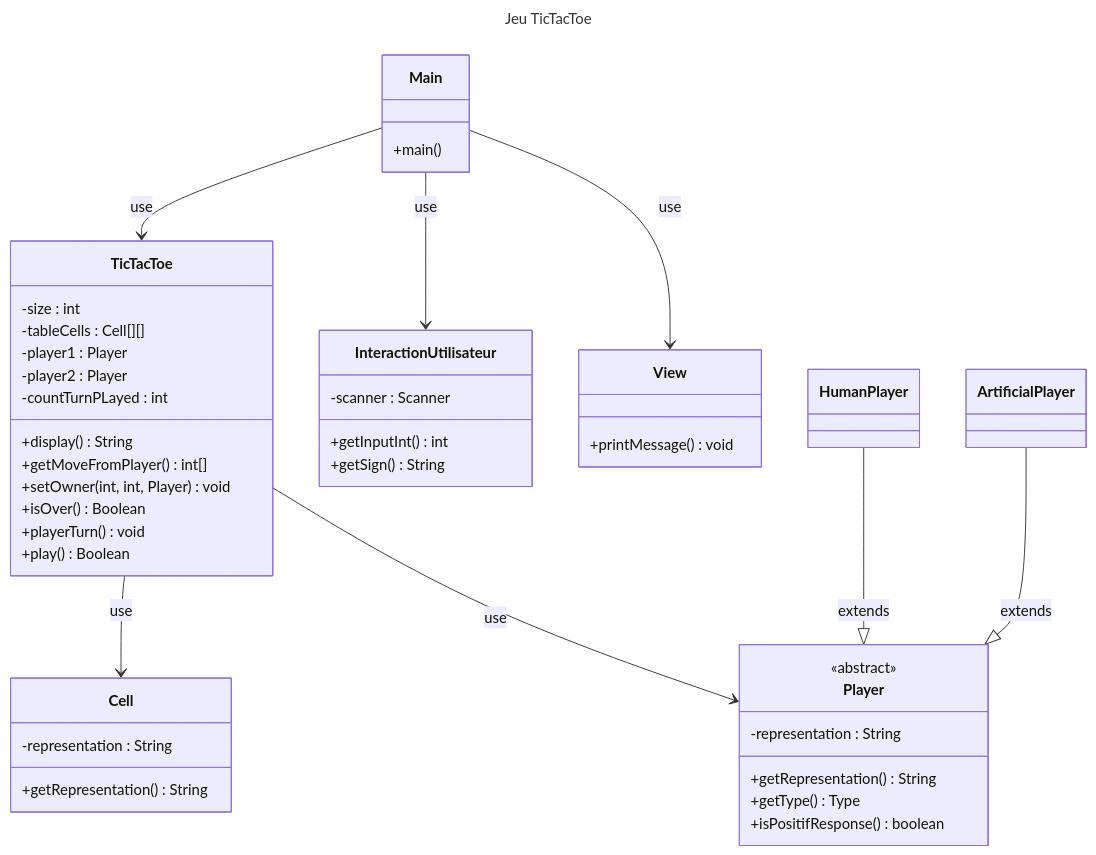
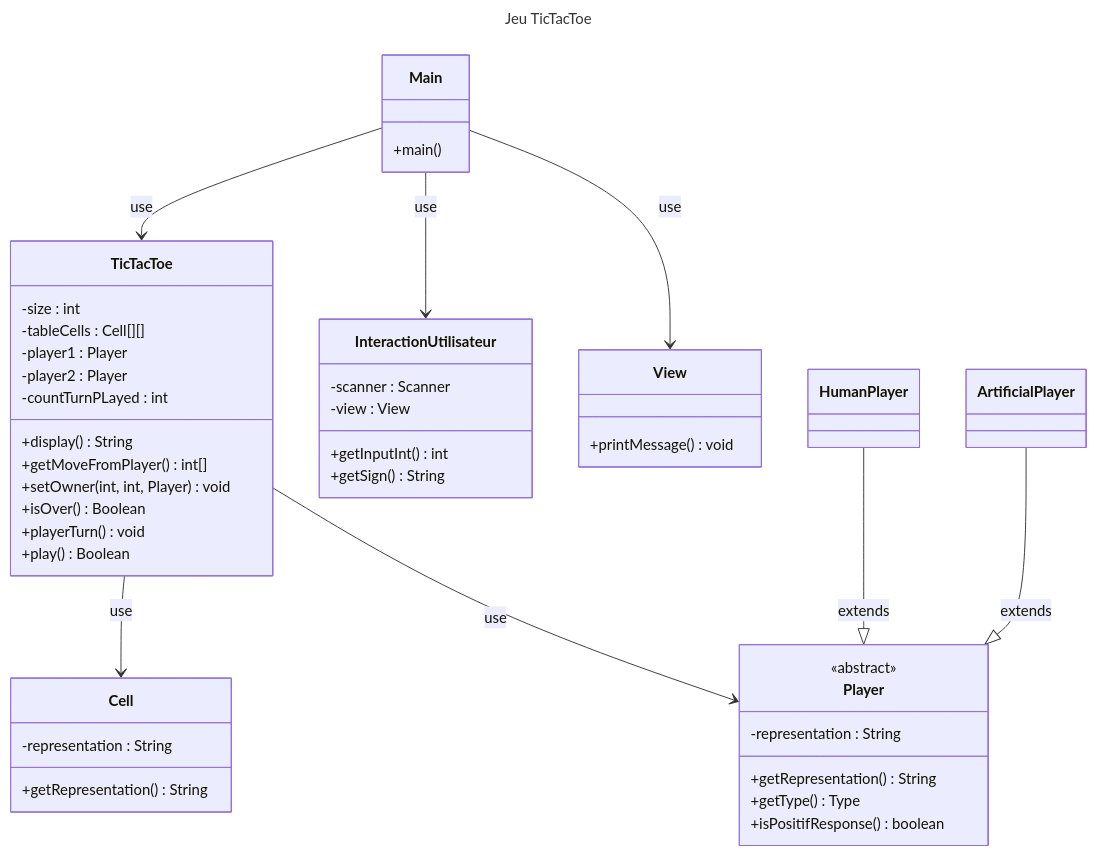
The diagram in readme.md (GeraudClmt/Square-Game), drawn with Mermaid before and after one commit.

Commit message:
Ajout de l'attribut view dans InteractionUtilisateur du Mermaid

````diff
--- a/readme.md
+++ b/readme.md
@@ -26,55 +26,56 @@
 ```mermaid
 ---
 title: Jeu TicTacToe
 ---
 classDiagram
 		TicTacToe --> Cell : use
 		TicTacToe --> Player : use
 		Main --> TicTacToe : use
 		Main --> InteractionUtilisateur : use
         Main --> View : use
 		HumanPlayer --|> Player : extends
         ArtificialPlayer --|> Player : extends
 		class Main{
 				+main()
 		}
     class Cell{
 		    -representation : String
         +getRepresentation()String
     }
     class TicTacToe{
 		    -size : int
 		    -tableCells : Cell[][]
 		    -player1 : Player
 		    -player2 : Player
 		    -countTurnPLayed : int
         +display() String
         +getMoveFromPlayer() int[]
         +setOwner(int, int, Player) void
         +isOver() Boolean
         +playerTurn() void
         +play() Boolean
     }
     class  Player{
             <<abstract>>
 		    -representation : String
 		    +getRepresentation() String
 		    +getType() Type
 		    +isPositifResponse() boolean
     }
     class InteractionUtilisateur{
 		    -scanner : Scanner
+		    -view : View
 		    +getInputInt() int
 		    +getSign() String
 
     }
     class View{
         +printMessage() void
     }
     class HumanPlayer{
         
     }
     class ArtificialPlayer{
         
     }
 ```
````
